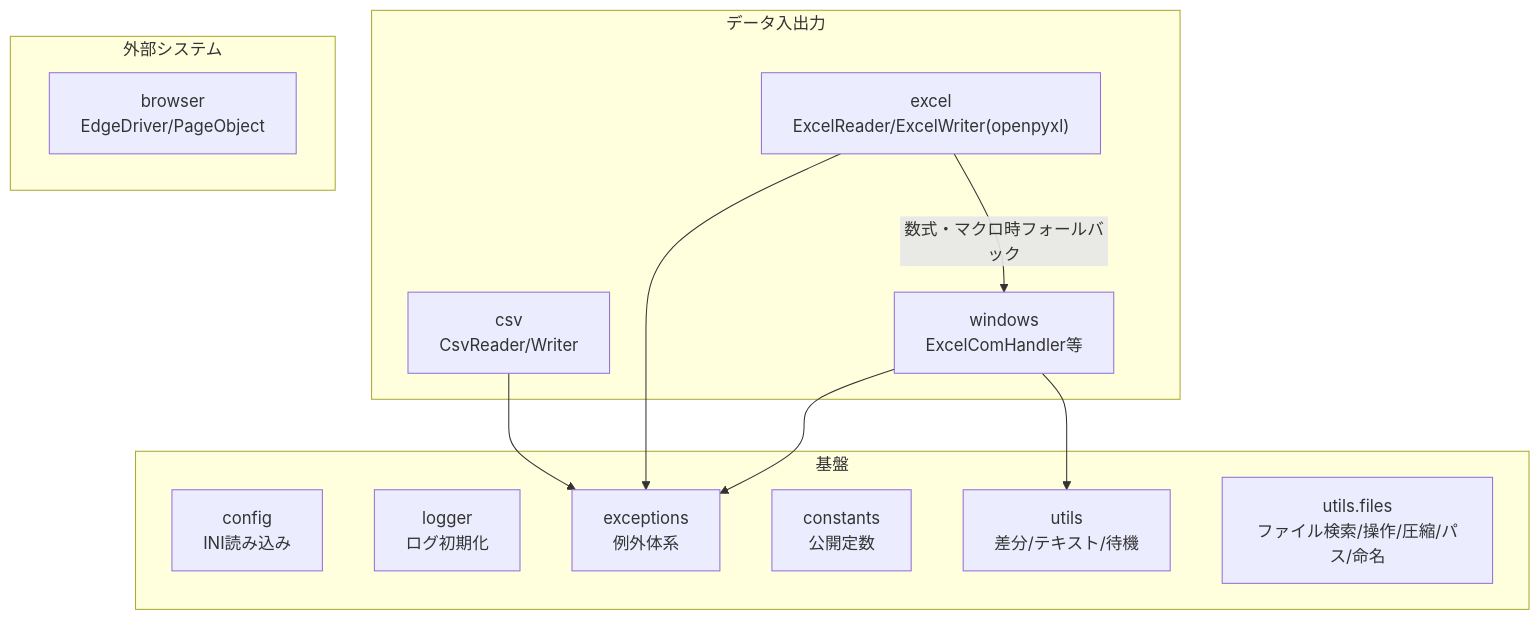
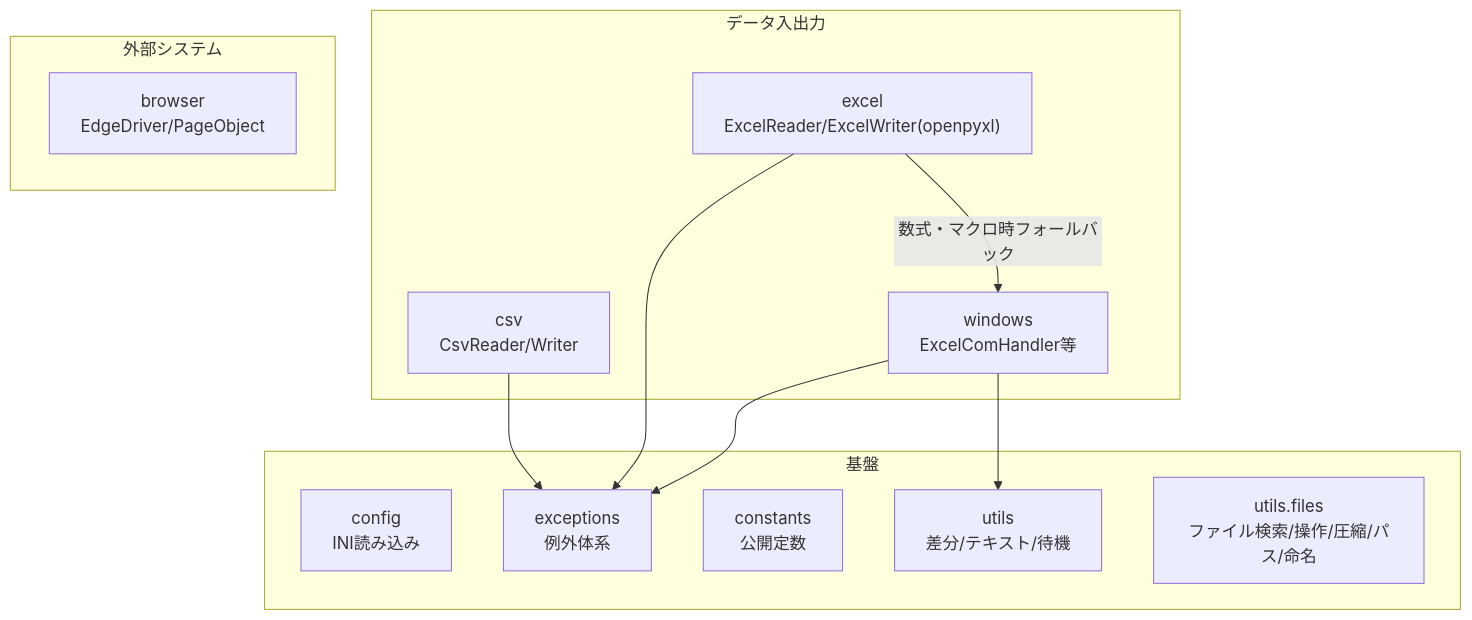
The diagram in 仕様書.md (tenniscorecom/comken), drawn with Mermaid before and after one commit. The commit also changed other lines of this file and 19 other files, not shown here.

````diff
--- a/仕様書.md
+++ b/仕様書.md
@@ -45,24 +45,23 @@
 ```mermaid
 graph TD
     subgraph 基盤
         config["config\nINI読み込み"]
-        logger["logger\nログ初期化"]
         exceptions["exceptions\n例外体系"]
         constants["constants\n公開定数"]
         utils["utils\n差分/テキスト/待機"]
         files["utils.files\nファイル検索/操作/圧縮/パス/命名"]
     end
     subgraph データ入出力
         csv["csv\nCsvReader/Writer"]
         excel["excel\nExcelReader/ExcelWriter(openpyxl)"]
         windows["windows\nExcelComHandler等"]
     end
     subgraph 外部システム
         browser["browser\nEdgeDriver/PageObject"]
     end
     excel -->|数式・マクロ時フォールバック| windows
     windows --> exceptions
     windows --> utils
     excel --> exceptions
     csv --> exceptions
 ```
````
